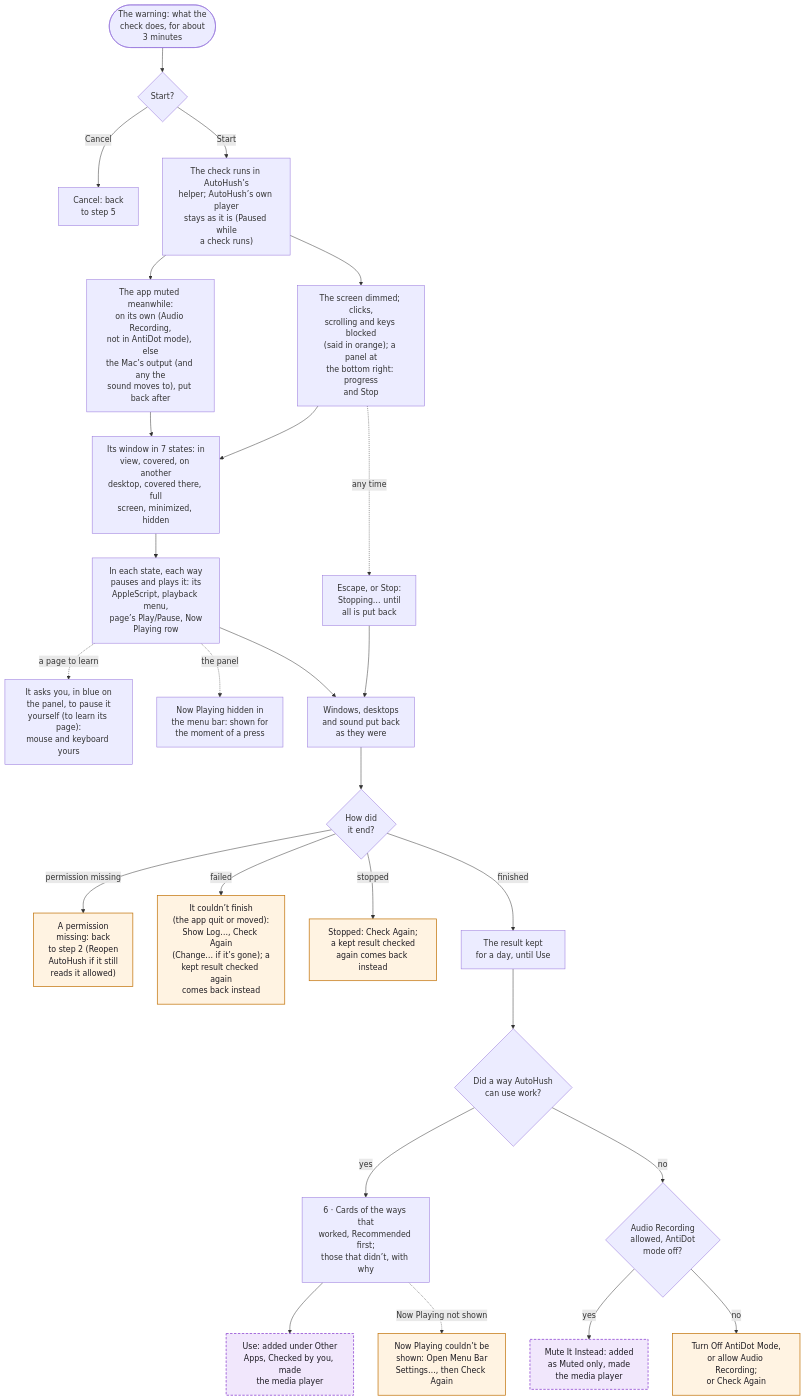
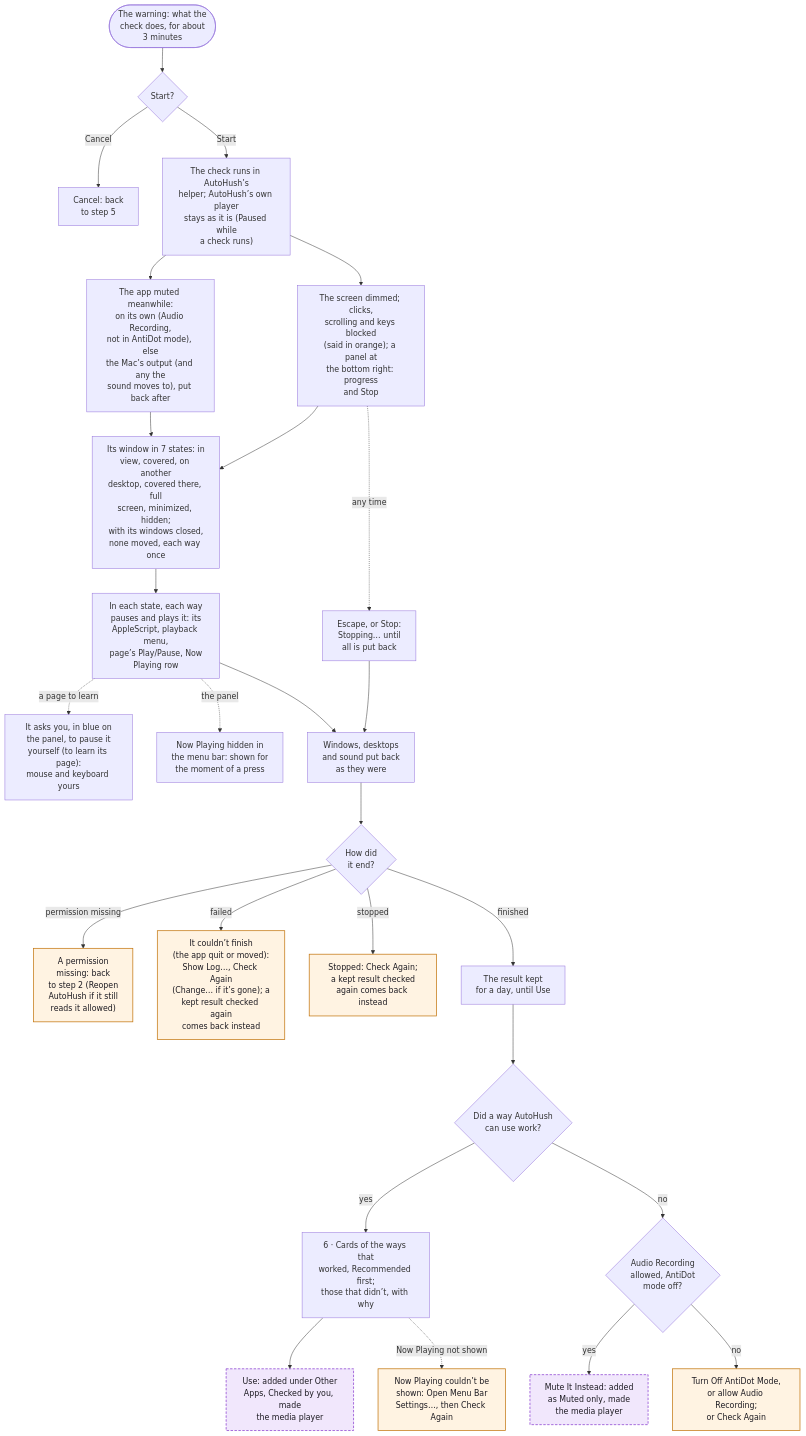
Before and after one commit to hfustercabre/AutoHush: the tenth of 14 diagrams in WORKFLOWS.md, drawn with Mermaid. The commit also changed other lines of this file and 41 other files, not shown here.

````diff
--- a/WORKFLOWS.md
+++ b/WORKFLOWS.md
@@ -542,56 +542,56 @@
 ```mermaid
 flowchart TD
   WARN(["The warning: what the<br/>check does, for about<br/>3 minutes"])
   GO{"Start?"}
   BACK["Cancel: back<br/>to step 5"]
   RUN["The check runs in AutoHush’s<br/>helper; AutoHush’s own player<br/>stays as it is (Paused while<br/>a check runs)"]
   BLOCK["The screen dimmed; clicks,<br/>scrolling and keys blocked<br/>(said in orange); a panel at<br/>the bottom right: progress<br/>and Stop"]
   MUTE["The app muted meanwhile:<br/>on its own (Audio Recording,<br/>not in AntiDot mode), else<br/>the Mac’s output (and any the<br/>sound moves to), put back after"]
-  STATES["Its window in 7 states: in<br/>view, covered, on another<br/>desktop, covered there, full<br/>screen, minimized, hidden"]
+  STATES["Its window in 7 states: in<br/>view, covered, on another<br/>desktop, covered there, full<br/>screen, minimized, hidden;<br/>with its windows closed,<br/>none moved, each way once"]
   WAYS["In each state, each way<br/>pauses and plays it: its<br/>AppleScript, playback menu,<br/>page’s Play/Pause, Now<br/>Playing row"]
   ASK["It asks you, in blue on<br/>the panel, to pause it<br/>yourself (to learn its page):<br/>mouse and keyboard yours"]
   SHOW["Now Playing hidden in<br/>the menu bar: shown for<br/>the moment of a press"]
   STOP["Escape, or Stop:<br/>Stopping… until<br/>all is put back"]
   PUT["Windows, desktops<br/>and sound put back<br/>as they were"]
   HOW{"How did<br/>it end?"}
   PERM["A permission<br/>missing: back<br/>to step 2 (Reopen<br/>AutoHush if it still<br/>reads it allowed)"]
   FAIL["It couldn’t finish<br/>(the app quit or moved):<br/>Show Log…, Check Again<br/>(Change… if it’s gone); a<br/>kept result checked again<br/>comes back instead"]
   STOPPED["Stopped: Check Again;<br/>a kept result checked<br/>again comes back instead"]
   KEEP["The result kept<br/>for a day, until Use"]
   ANY{"Did a way AutoHush<br/>can use work?"}
   CARDS["6 · Cards of the ways that<br/>worked, Recommended first;<br/>those that didn’t, with why"]
   USE["Use: added under Other<br/>Apps, Checked by you, made<br/>the media player"]
   NPH["Now Playing couldn’t be<br/>shown: Open Menu Bar<br/>Settings…, then Check Again"]
   MUT{"Audio Recording<br/>allowed, AntiDot<br/>mode off?"}
   MII["Mute It Instead: added<br/>as Muted only, made<br/>the media player"]
   ANTI["Turn Off AntiDot Mode,<br/>or allow Audio Recording;<br/>or Check Again"]
 
   WARN --> GO
   GO -->|"Cancel"| BACK
   GO -->|"Start"| RUN
   RUN --> BLOCK
   RUN --> MUTE
   BLOCK --> STATES
   MUTE --> STATES
   STATES --> WAYS
   WAYS -.->|"a page to learn"| ASK
   WAYS -.->|"the panel"| SHOW
   BLOCK -.->|"any time"| STOP
   STOP --> PUT
   WAYS --> PUT
   PUT --> HOW
   HOW -->|"finished"| KEEP --> ANY
   HOW -->|"permission missing"| PERM
   HOW -->|"failed"| FAIL
   HOW -->|"stopped"| STOPPED
   ANY -->|"yes"| CARDS --> USE
   CARDS -.->|"Now Playing not shown"| NPH
   ANY -->|"no"| MUT
   MUT -->|"yes"| MII
   MUT -->|"no"| ANTI
 
   class USE,MII ref
   class FAIL,STOPPED,PERM,NPH,ANTI warn
   classDef ref fill:#f1e7fc,stroke:#8a3fd1,stroke-width:1.5px,stroke-dasharray: 5 3,color:#1d1b22
   classDef warn fill:#fff3e2,stroke:#c47812,stroke-width:1.5px,color:#1d1b22
 ```
````
